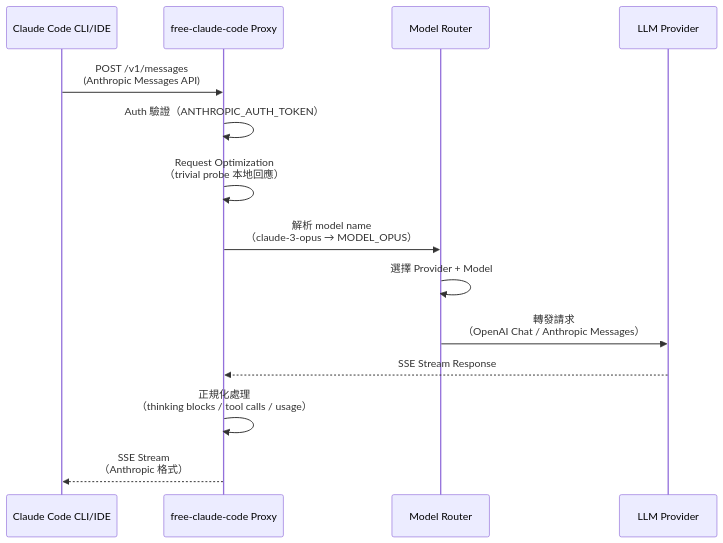
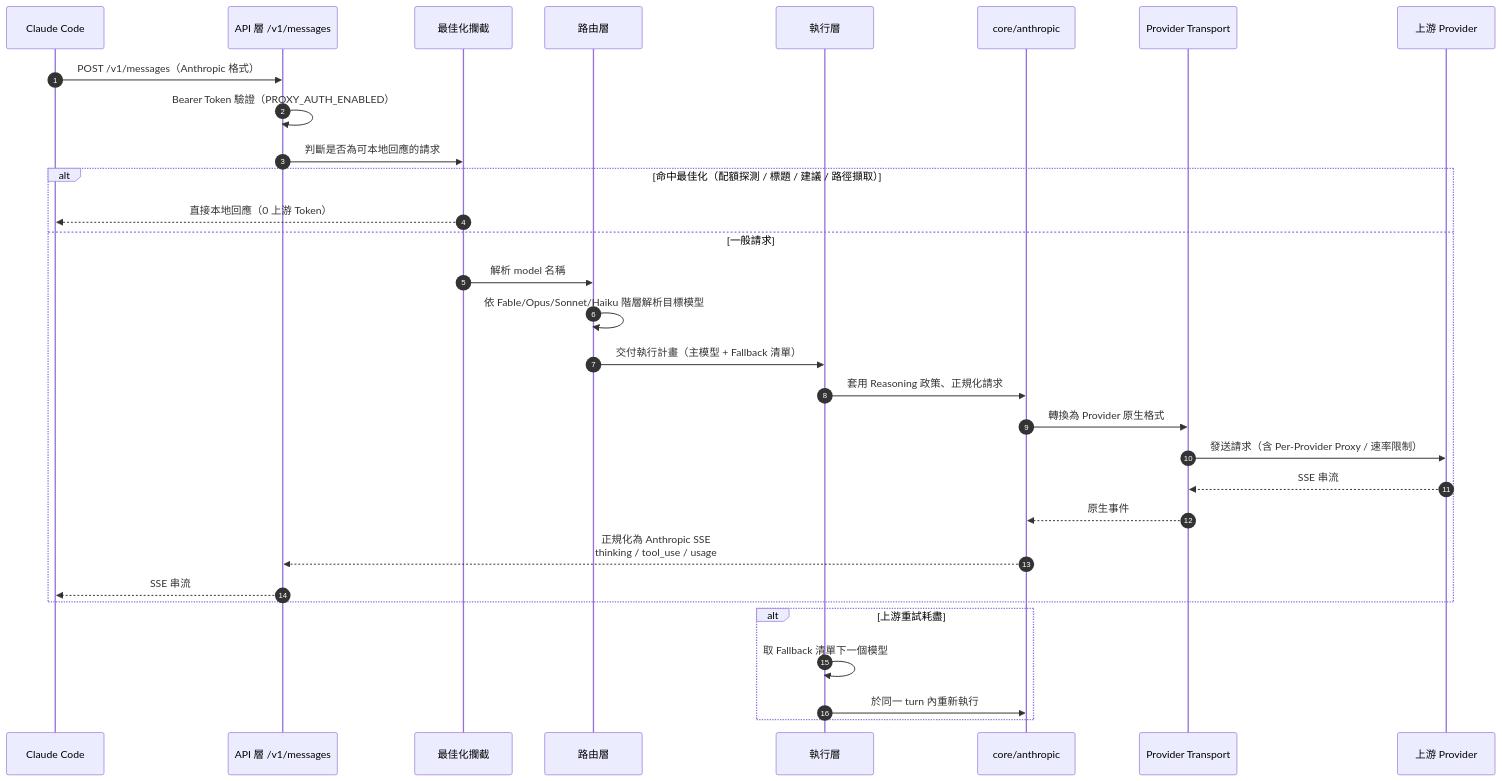
One commit to chihhung/Blog changed the third of 27 diagrams in content/posts/教學/AI開發/free-claude-code 教學手冊.md. Above: the diagram before and after it, drawn with Mermaid. The commit also changed other lines of this file and 1 other file, not shown here.

````diff
--- a/content/posts/教學/AI開發/free-claude-code 教學手冊.md
+++ b/content/posts/教學/AI開發/free-claude-code 教學手冊.md
@@ -257,17 +548,35 @@
 ```mermaid
 sequenceDiagram
-    participant Client as Claude Code CLI/IDE
-    participant Proxy as free-claude-code Proxy
-    participant Router as Model Router
-    participant Provider as LLM Provider
+    autonumber
+    participant C as Claude Code
+    participant A as API 層 /v1/messages
+    participant O as 最佳化攔截
+    participant R as 路由層
+    participant X as 執行層
+    participant N as core/anthropic
+    participant P as Provider Transport
+    participant U as 上游 Provider
 
-    Client->>Proxy: POST /v1/messages<br/>(Anthropic Messages API)
-    Proxy->>Proxy: Auth 驗證（ANTHROPIC_AUTH_TOKEN）
-    Proxy->>Proxy: Request Optimization<br/>（trivial probe 本地回應）
-    Proxy->>Router: 解析 model name<br/>（claude-3-opus → MODEL_OPUS）
-    Router->>Router: 選擇 Provider + Model
-    Router->>Provider: 轉發請求<br/>（OpenAI Chat / Anthropic Messages）
-    Provider-->>Proxy: SSE Stream Response
-    Proxy->>Proxy: 正規化處理<br/>（thinking blocks / tool calls / usage）
-    Proxy-->>Client: SSE Stream<br/>（Anthropic 格式）
+    C->>A: POST /v1/messages（Anthropic 格式）
+    A->>A: Bearer Token 驗證（PROXY_AUTH_ENABLED）
+    A->>O: 判斷是否為可本地回應的請求
+    alt 命中最佳化（配額探測 / 標題 / 建議 / 路徑擷取）
+        O-->>C: 直接本地回應（0 上游 Token）
+    else 一般請求
+        O->>R: 解析 model 名稱
+        R->>R: 依 Fable/Opus/Sonnet/Haiku 階層解析目標模型
+        R->>X: 交付執行計畫（主模型 + Fallback 清單）
+        X->>N: 套用 Reasoning 政策、正規化請求
+        N->>P: 轉換為 Provider 原生格式
+        P->>U: 發送請求（含 Per-Provider Proxy / 速率限制）
+        U-->>P: SSE 串流
+        P-->>N: 原生事件
+        N-->>A: 正規化為 Anthropic SSE<br/>thinking / tool_use / usage
+        A-->>C: SSE 串流
+    end
+
+    alt 上游重試耗盡
+        X->>X: 取 Fallback 清單下一個模型
+        X->>N: 於同一 turn 內重新執行
+    end
 ```
````
